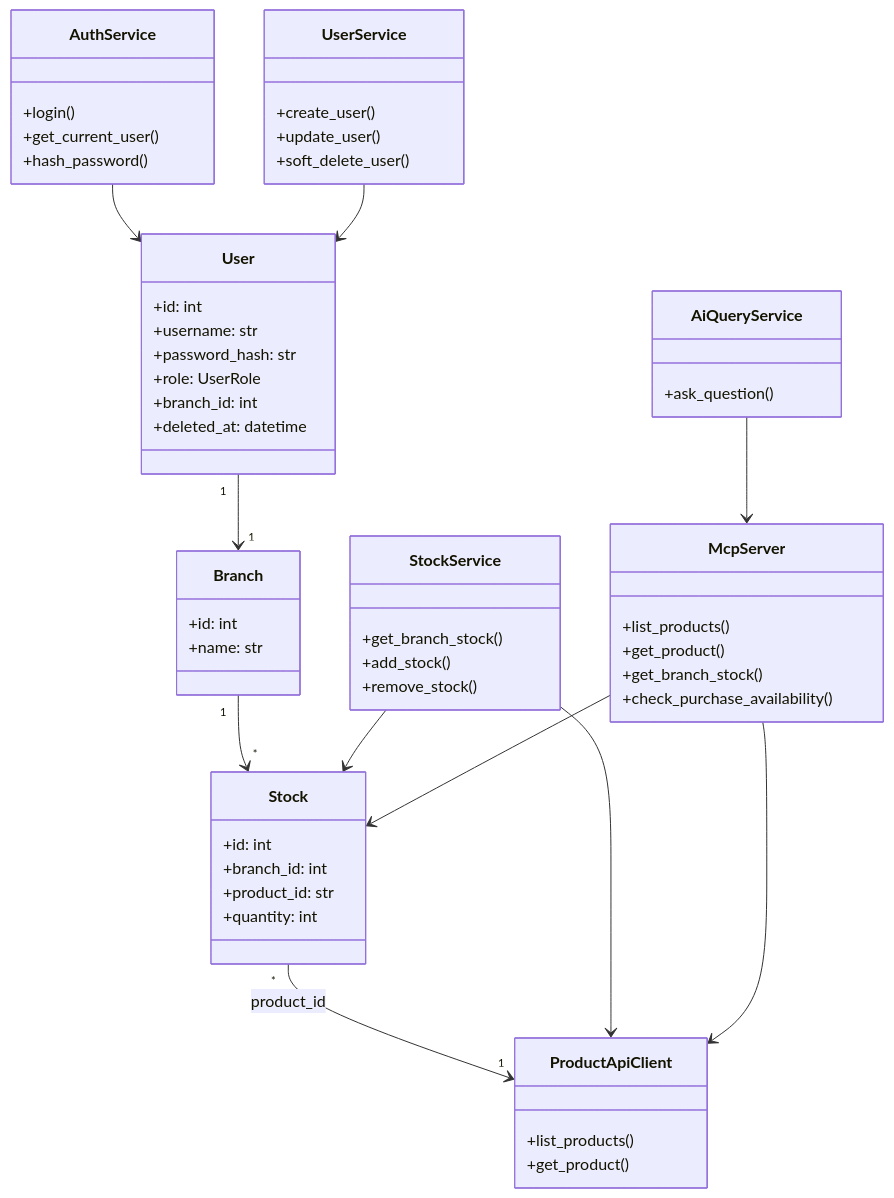
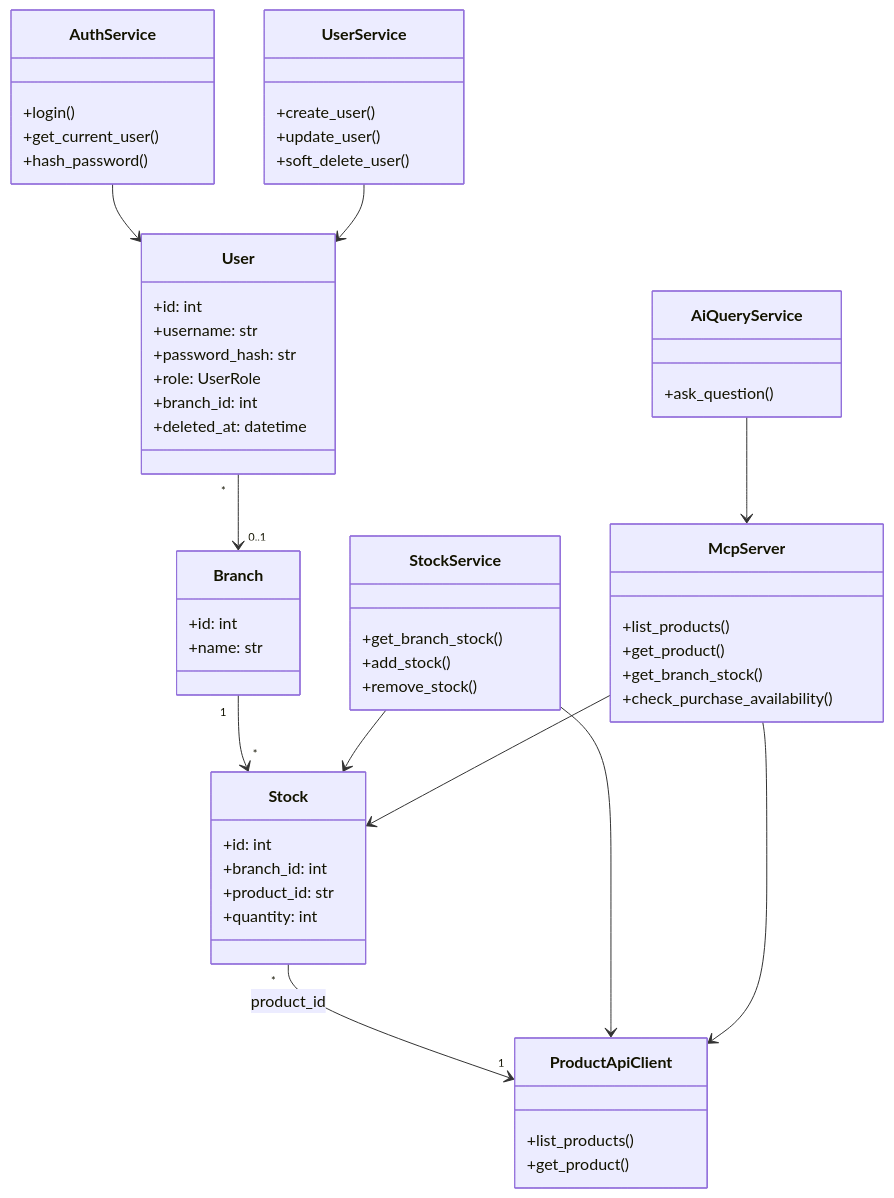
Before and after one commit to The-TO/HBntory_T_T_D: the second of 2 diagrams in docs/architecture.md, drawn with Mermaid. The commit also changed other lines of this file and 5 other files, not shown here.

Commit message:
FEAT: enhance init_db.py for improved database initialization and remove sql_db.sql DOCS: update architecture, database, decisions, and MVP documentation for clarity and accuracy

````diff
--- a/docs/architecture.md
+++ b/docs/architecture.md
@@ -65,69 +73,69 @@
 ```mermaid
 classDiagram
     class User {
         +id: int
         +username: str
         +password_hash: str
         +role: UserRole
         +branch_id: int
         +deleted_at: datetime
     }
 
     class Branch {
         +id: int
         +name: str
     }
 
     class Stock {
         +id: int
         +branch_id: int
         +product_id: str
         +quantity: int
     }
 
     class AuthService {
         +login()
         +get_current_user()
         +hash_password()
     }
 
     class StockService {
         +get_branch_stock()
         +add_stock()
         +remove_stock()
     }
 
     class UserService {
         +create_user()
         +update_user()
         +soft_delete_user()
     }
 
     class ProductApiClient {
         +list_products()
         +get_product()
     }
 
     class McpServer {
         +list_products()
         +get_product()
         +get_branch_stock()
         +check_purchase_availability()
     }
 
     class AiQueryService {
         +ask_question()
     }
 
-    User "1" --> "1" Branch
+    User "*" --> "0..1" Branch
     Branch "1" --> "*" Stock
     Stock "*" --> "1" ProductApiClient : product_id
 
     AuthService --> User
     UserService --> User
     StockService --> Stock
     StockService --> ProductApiClient
     McpServer --> ProductApiClient
     McpServer --> Stock
     AiQueryService --> McpServer
 ```
````
